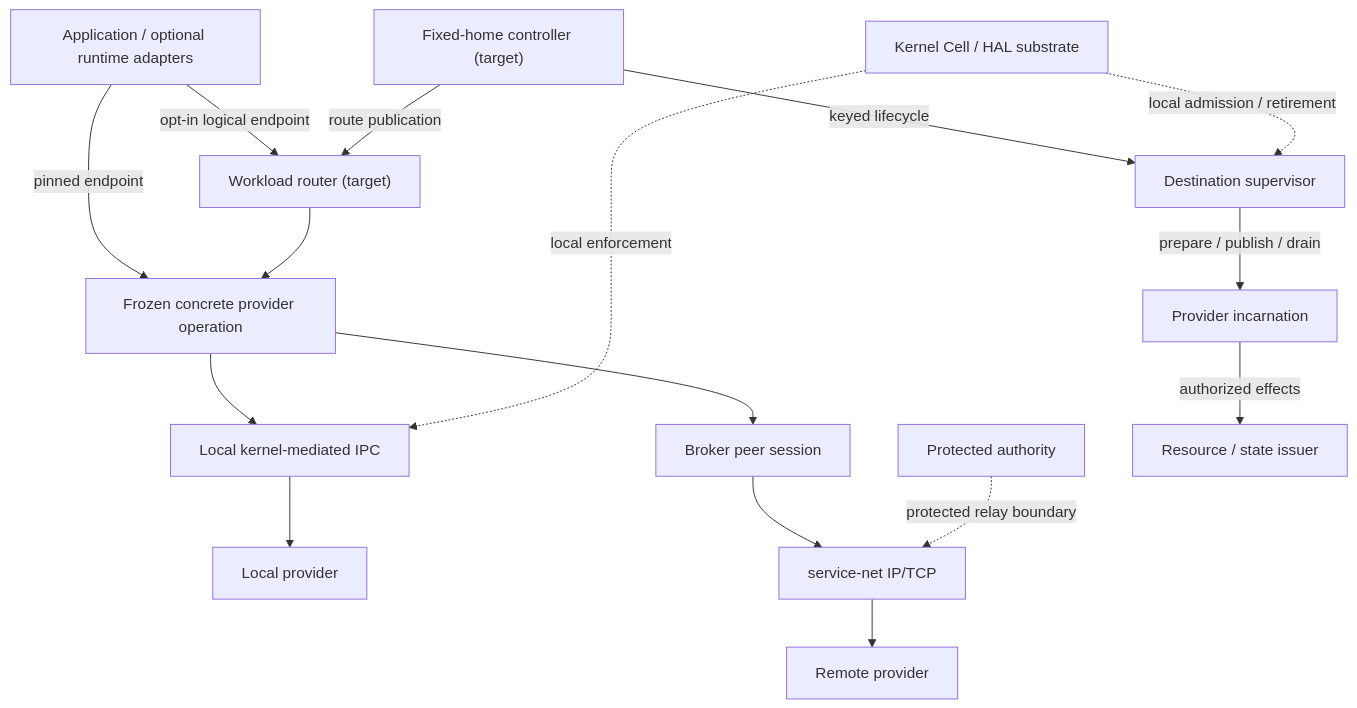
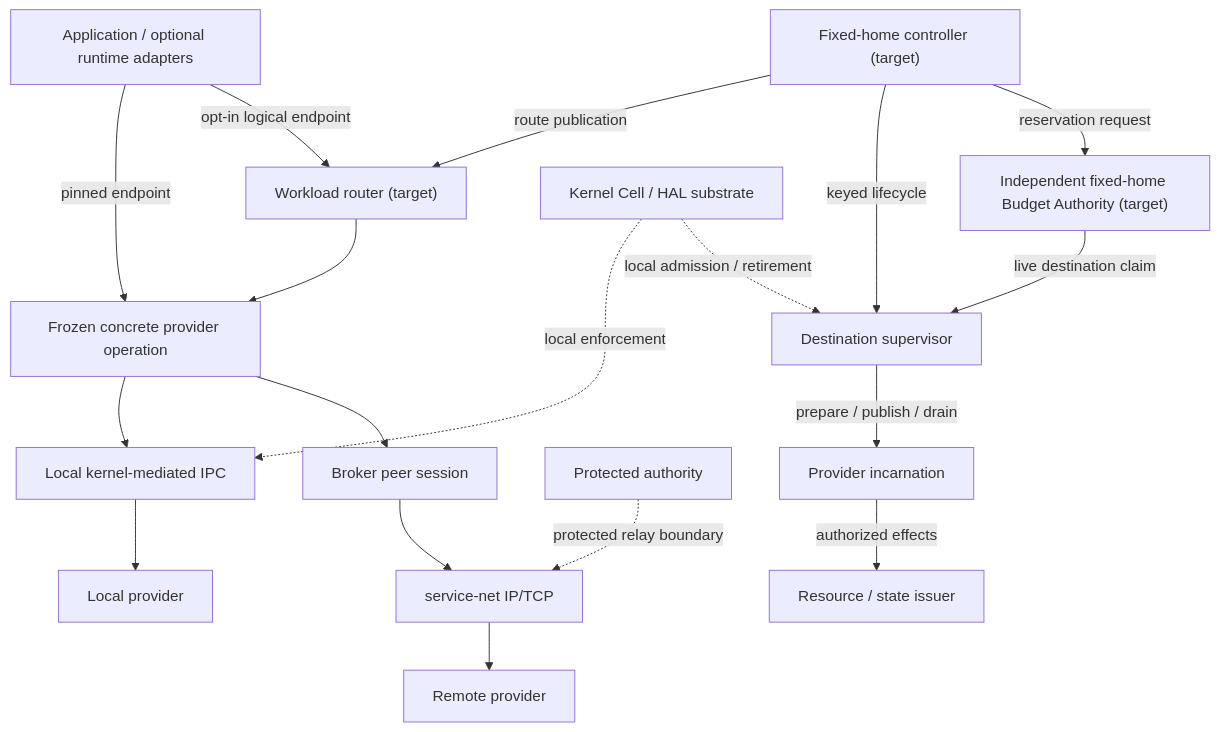
Before and after one commit to dxsl-org/cellos: the first of 4 diagrams in docs/system-architecture.md, drawn with Mermaid. The commit also changed other lines of this file and 27 other files, not shown here.

Commit message:
docs(architecture): align authority contracts and defer Haily integration

````diff
--- a/docs/system-architecture.md
+++ b/docs/system-architecture.md
@@ -76,21 +76,23 @@
 ```mermaid
 flowchart TB
     App["Application / optional runtime adapters"]
     Router["Workload router (target)"]
     Call["Frozen concrete provider operation"]
     App -->|pinned endpoint| Call
     App -->|opt-in logical endpoint| Router
     Router --> Call
     Call --> IPC["Local kernel-mediated IPC"]
     Call --> Broker["Broker peer session"]
     IPC --> Local["Local provider"]
     Broker --> Net["service-net IP/TCP"]
     Net --> Remote["Remote provider"]
     Authority["Protected authority"] -.->|protected relay boundary| Net
     Controller["Fixed-home controller (target)"] -->|route publication| Router
     Controller -->|keyed lifecycle| Supervisor["Destination supervisor"]
+    Budget["Independent fixed-home Budget Authority (target)"] -->|live destination claim| Supervisor
+    Controller -->|reservation request| Budget
     Supervisor -->|prepare / publish / drain| Provider["Provider incarnation"]
     Provider -->|authorized effects| State["Resource / state issuer"]
     Kernel["Kernel Cell / HAL substrate"] -.->|local enforcement| IPC
     Kernel -.->|local admission / retirement| Supervisor
 ```
````
